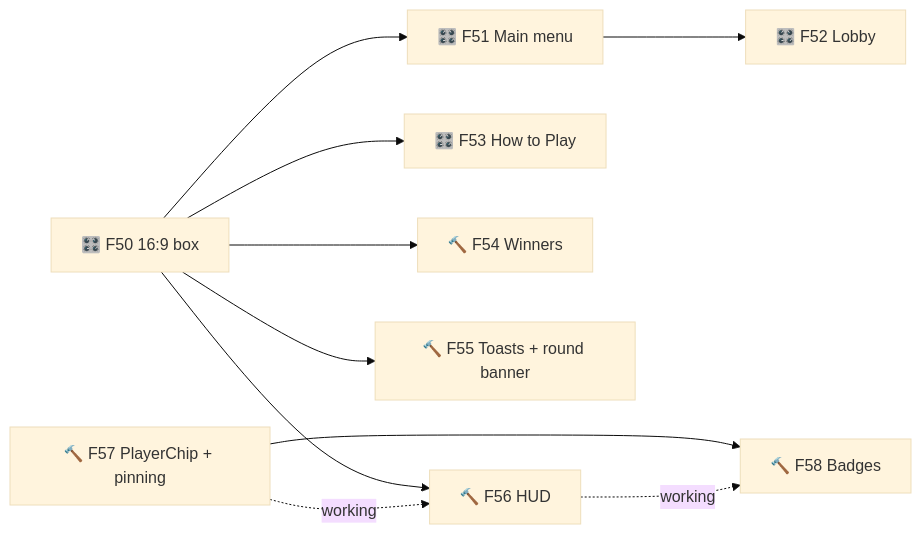
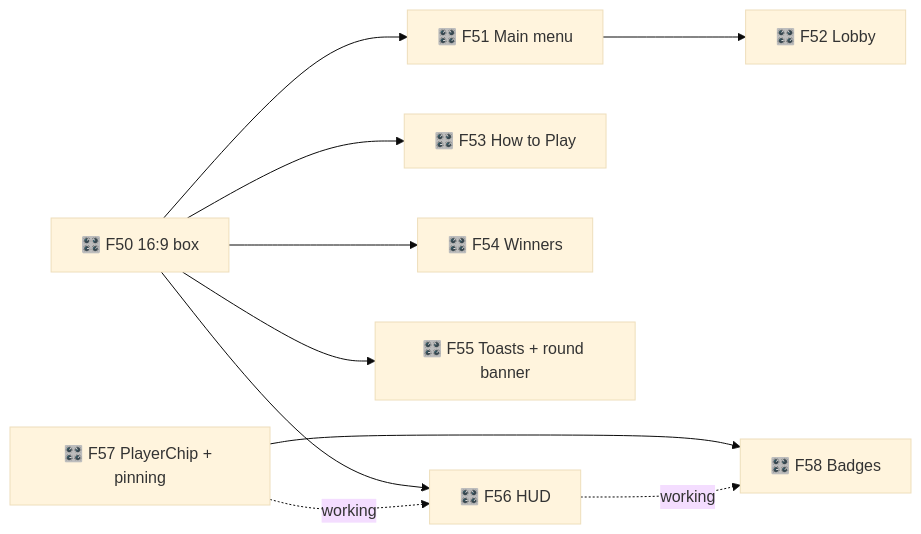
Before and after one commit to TheBlueMuzzy/roll-better: the second of 2 diagrams in .planning/ROADMAP.md, drawn with Mermaid (base theme). The commit also changed other lines of this file and 1 other file, not shown here.

````diff
--- a/.planning/ROADMAP.md
+++ b/.planning/ROADMAP.md
@@ -55,12 +55,12 @@
 ```mermaid
 flowchart LR
   F50[🎛️ F50 16:9 box] --> F51[🎛️ F51 Main menu]
   F51 --> F52[🎛️ F52 Lobby]
   F50 --> F53[🎛️ F53 How to Play]
-  F50 --> F54[🔨 F54 Winners]
-  F50 --> F55[🔨 F55 Toasts + round banner]
-  F50 --> F56[🔨 F56 HUD]
-  F57[🔨 F57 PlayerChip + pinning] --> F58[🔨 F58 Badges]
+  F50 --> F54[🎛️ F54 Winners]
+  F50 --> F55[🎛️ F55 Toasts + round banner]
+  F50 --> F56[🎛️ F56 HUD]
+  F57[🎛️ F57 PlayerChip + pinning] --> F58[🎛️ F58 Badges]
   F56 -.working.-> F58
   F57 -.working.-> F56
 ```
````
